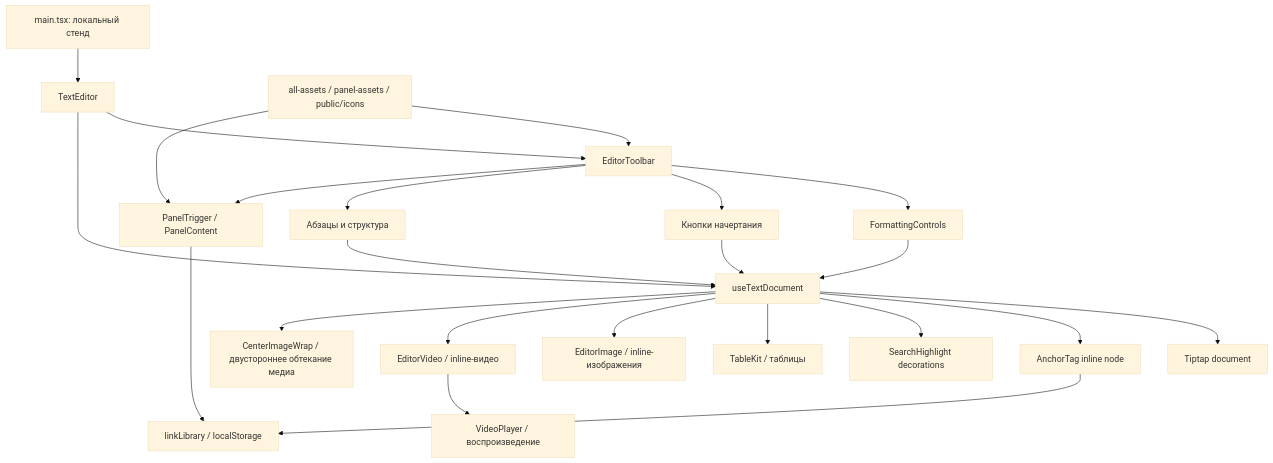
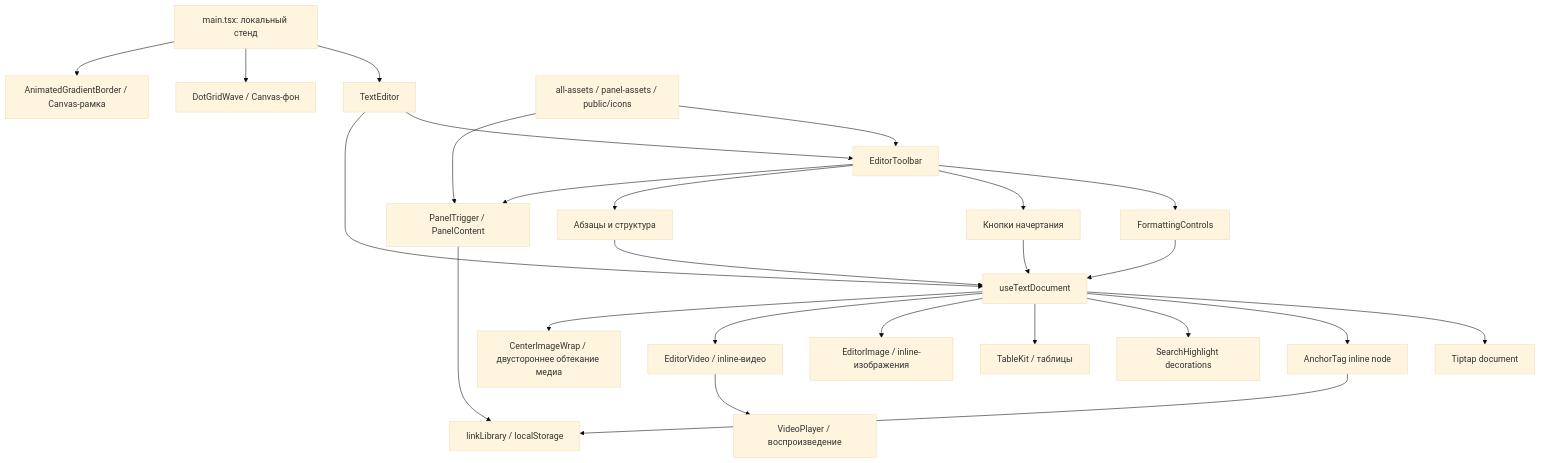
One commit to mishavorobyou-spec/b2b-text-editor changed the diagram in Карта_Проекта.md. Above: the diagram before and after it, drawn with Mermaid (base theme). The commit also changed other lines of this file and 57 other files, not shown here.

````diff
--- a/Карта_Проекта.md
+++ b/Карта_Проекта.md
@@ -5,25 +5,27 @@
 ```mermaid
 flowchart TD
     Main[main.tsx: локальный стенд] --> Editor[TextEditor]
+    Main --> Background[DotGridWave / Canvas-фон]
+    Main --> Border[AnimatedGradientBorder / Canvas-рамка]
     Editor --> Toolbar[EditorToolbar]
     Editor --> Hook[useTextDocument]
     Hook --> Tiptap[Tiptap document]
     Hook --> AnchorTag[AnchorTag inline node]
     Hook --> Search[SearchHighlight decorations]
     Hook --> Tables[TableKit / таблицы]
     Hook --> Images[EditorImage / inline-изображения]
     Hook --> Videos[EditorVideo / inline-видео]
     Videos --> Player[VideoPlayer / воспроизведение]
     Hook --> CenterImages[CenterImageWrap / двустороннее обтекание медиа]
     Toolbar --> Formatting[FormattingControls]
     Toolbar --> Inline[Кнопки начертания]
     Toolbar --> Paragraphs[Абзацы и структура]
     Toolbar --> Panels[PanelTrigger / PanelContent]
     Panels --> Library[linkLibrary / localStorage]
     AnchorTag --> Library
     Formatting --> Hook
     Inline --> Hook
     Paragraphs --> Hook
     Assets[all-assets / panel-assets / public/icons] --> Toolbar
     Assets --> Panels
 ```
````
